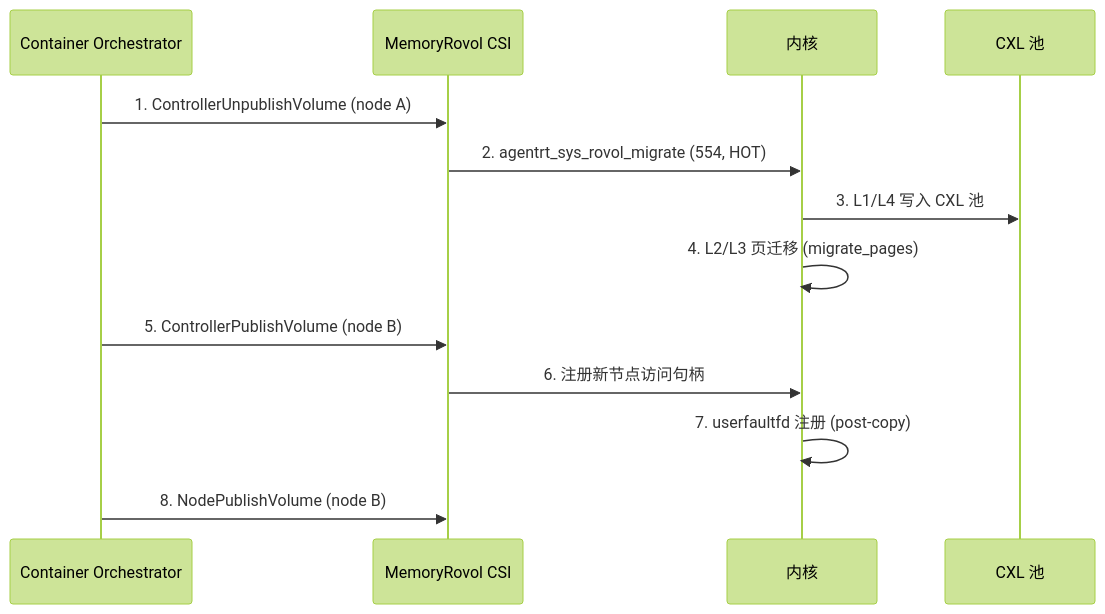
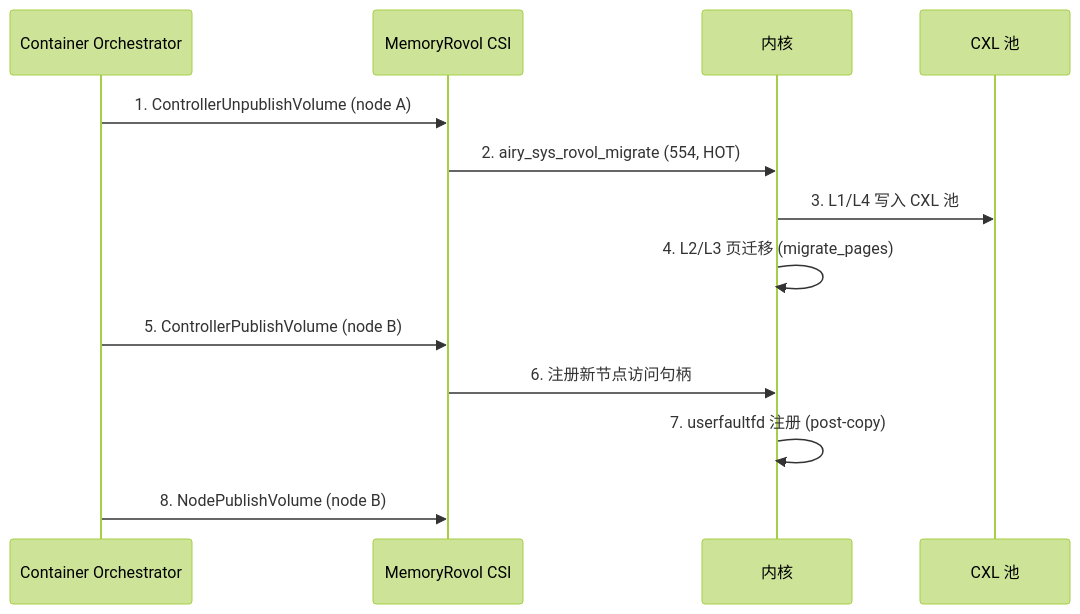
The second of 3 diagrams in 150-cloudnative/05-memoryrovol-csi.md (openairymax/docs-linux), drawn with Mermaid (forest theme) before and after one commit. The commit also changed other lines of this file and 132 other files, not shown here.

Commit message:
chore: 完成全项目命名空间从agentrt到airy的统一替换 本次提交完成了代码库中所有`agentrt_`相关命名空间、宏定义、标识符的统一替换，改为`airy_`前缀，同时完成了部分文档的排版优化与路径修正： 1. 替换了所有API函数、结构体、宏定义的命名前缀 2. 更新了文档中的示例代码与引用路径

````diff
--- a/150-cloudnative/05-memoryrovol-csi.md
+++ b/150-cloudnative/05-memoryrovol-csi.md
@@ -445,16 +445,16 @@
 ```mermaid
 sequenceDiagram
     participant CO as Container Orchestrator
     participant CSI as MemoryRovol CSI
     participant KERN as 内核
     participant CXL as CXL 池
 
     CO->>CSI: 1. ControllerUnpublishVolume (node A)
-    CSI->>KERN: 2. agentrt_sys_rovol_migrate (554, HOT)
+    CSI->>KERN: 2. airy_sys_rovol_migrate (554, HOT)
     KERN->>CXL: 3. L1/L4 写入 CXL 池
     KERN->>KERN: 4. L2/L3 页迁移 (migrate_pages)
     CO->>CSI: 5. ControllerPublishVolume (node B)
     CSI->>KERN: 6. 注册新节点访问句柄
     KERN->>KERN: 7. userfaultfd 注册 (post-copy)
     CO->>CSI: 8. NodePublishVolume (node B)
 ```
````
